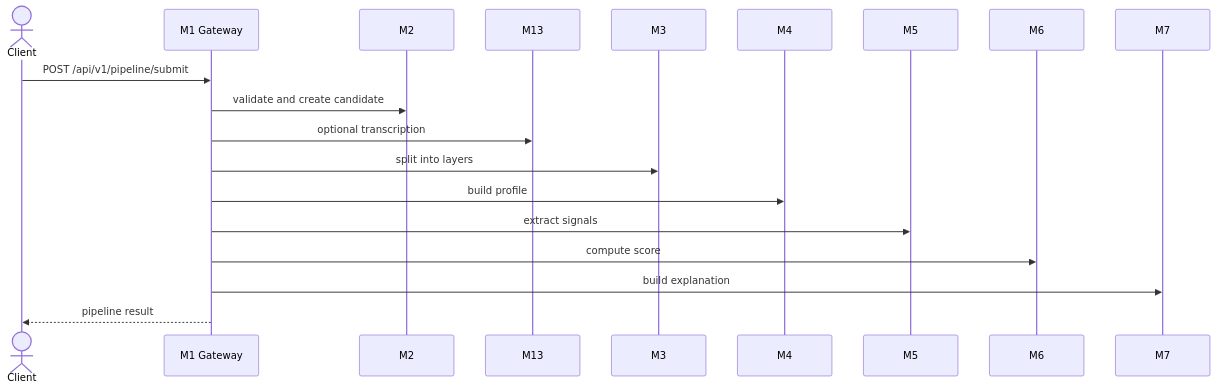
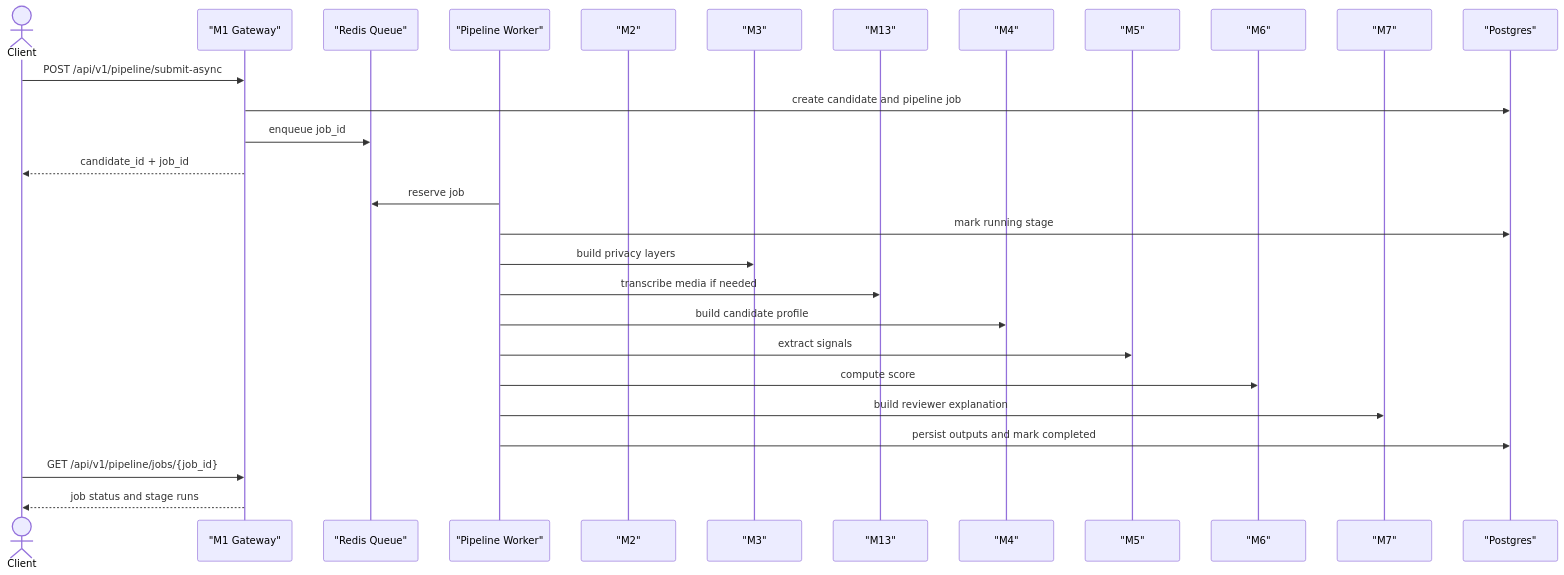
The first of 2 diagrams in docs/eng/API.md (alenisaw/invision_u_Vi-Ka), drawn with Mermaid before and after one commit. The commit also changed other lines of this file and 101 other files, not shown here.

First line of the commit message:
feat(pipeline): introduce Redis-backed async processing and remove legacy sync flow

````diff
--- a/docs/eng/API.md
+++ b/docs/eng/API.md
@@ -174,22 +230,31 @@
 ```mermaid
 sequenceDiagram
     actor Client
-    participant Gateway as M1 Gateway
-    participant Intake as M2
-    participant ASR as M13
-    participant Privacy as M3
-    participant Profile as M4
-    participant NLP as M5
-    participant Score as M6
-    participant Explain as M7
+    participant Gateway as "M1 Gateway"
+    participant Queue as "Redis Queue"
+    participant Worker as "Pipeline Worker"
+    participant Intake as "M2"
+    participant Privacy as "M3"
+    participant ASR as "M13"
+    participant Profile as "M4"
+    participant NLP as "M5"
+    participant Score as "M6"
+    participant Explain as "M7"
+    participant DB as "Postgres"
 
-    Client->>Gateway: POST /api/v1/pipeline/submit
-    Gateway->>Intake: validate and create candidate
-    Gateway->>ASR: optional transcription
-    Gateway->>Privacy: split into layers
-    Gateway->>Profile: build profile
-    Gateway->>NLP: extract signals
-    Gateway->>Score: compute score
-    Gateway->>Explain: build explanation
-    Gateway-->>Client: pipeline result
+    Client->>Gateway: POST /api/v1/pipeline/submit-async
+    Gateway->>DB: create candidate and pipeline job
+    Gateway->>Queue: enqueue job_id
+    Gateway-->>Client: candidate_id + job_id
+    Worker->>Queue: reserve job
+    Worker->>DB: mark running stage
+    Worker->>Privacy: build privacy layers
+    Worker->>ASR: transcribe media if needed
+    Worker->>Profile: build candidate profile
+    Worker->>NLP: extract signals
+    Worker->>Score: compute score
+    Worker->>Explain: build reviewer explanation
+    Worker->>DB: persist outputs and mark completed
+    Client->>Gateway: GET /api/v1/pipeline/jobs/{job_id}
+    Gateway-->>Client: job status and stage runs
 ```
````
